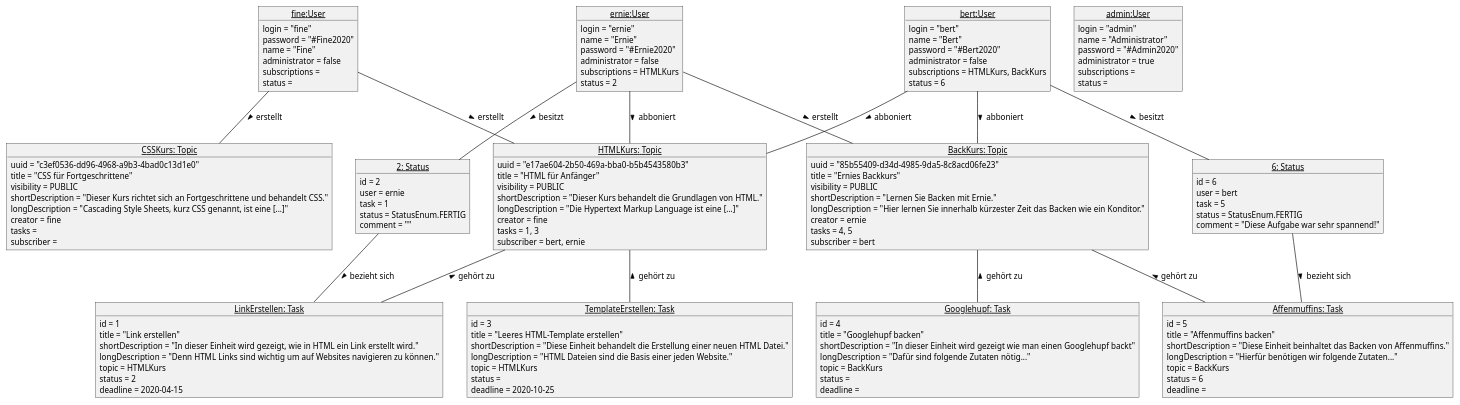
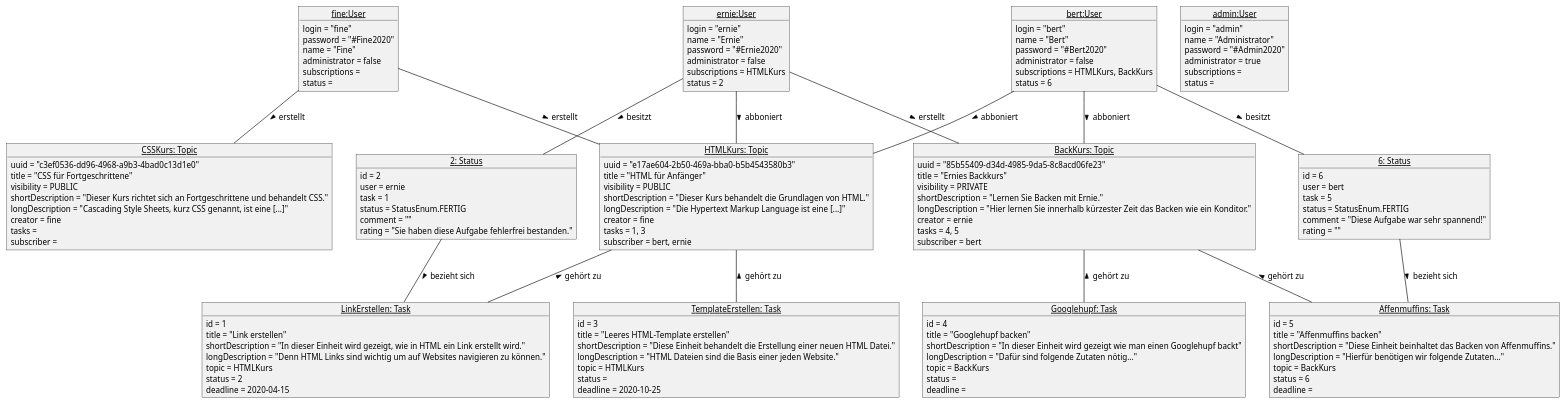
The diagram in doku/Objektmodell.plantuml (SimonHirner/agenda20), drawn with PlantUML before and after one commit. The commit also changed 12 other files, not shown here.

```diff
--- a/doku/Objektmodell.plantuml
+++ b/doku/Objektmodell.plantuml
@@ -1,155 +1,157 @@
 @startuml
 
 ' Layout
 skinparam classAttributeIconSize 0
 skinparam monochrome true
 skinparam shadowing false
 skinparam DefaultFontName arial
 skinparam DefaultFontSize 12
 skinparam ClassFontStyle bold
 
 'User
 object "<u>fine:User</u>" as fine{
     login = "fine"
     password = "#Fine2020"
     name = "Fine"
     administrator = false
     subscriptions = 
     status = 
 }
 object "<u>ernie:User</u>" as ernie{
     login = "ernie"
     name = "Ernie"
     password = "#Ernie2020"
     administrator = false
     subscriptions = HTMLKurs
     status = 2
 }
 object "<u>bert:User</u>" as bert{
     login = "bert"
     name = "Bert"
     password = "#Bert2020"
     administrator = false
     subscriptions = HTMLKurs, BackKurs
     status = 6
 }
 object "<u>admin:User</u>" as admin{
     login = "admin"
     name = "Administrator"
     password = "#Admin2020"
     administrator = true
     subscriptions = 
     status = 
 }
 
 'Topics
 object "<u>HTMLKurs: Topic</u>" as HTMLKurs{
 	uuid = "e17ae604-2b50-469a-bba0-b5b4543580b3"
     title = "HTML für Anfänger"
     visibility = PUBLIC
     shortDescription = "Dieser Kurs behandelt die Grundlagen von HTML."
     longDescription = "Die Hypertext Markup Language ist eine [...]"
     creator = fine
     tasks = 1, 3
     subscriber = bert, ernie
 
 }
 object "<u>CSSKurs: Topic</u>" as CSSKurs{
 	uuid = "c3ef0536-dd96-4968-a9b3-4bad0c13d1e0"
     title = "CSS für Fortgeschrittene"
     visibility = PUBLIC
     shortDescription = "Dieser Kurs richtet sich an Fortgeschrittene und behandelt CSS."
     longDescription = "Cascading Style Sheets, kurz CSS genannt, ist eine [...]"
     creator = fine
     tasks = 
     subscriber = 
 }
 object "<u>BackKurs: Topic</u>" as BackKurs{
 	uuid = "85b55409-d34d-4985-9da5-8c8acd06fe23"
     title = "Ernies Backkurs"
-    visibility = PUBLIC
+    visibility = PRIVATE
     shortDescription = "Lernen Sie Backen mit Ernie."
     longDescription = "Hier lernen Sie innerhalb kürzester Zeit das Backen wie ein Konditor."
     creator = ernie
     tasks = 4, 5
     subscriber = bert
 }
 
 'Tasks
 object "<u>LinkErstellen: Task</u>" as LinkErstellen {
     id = 1
     title = "Link erstellen"
     shortDescription = "In dieser Einheit wird gezeigt, wie in HTML ein Link erstellt wird."
     longDescription = "Denn HTML Links sind wichtig um auf Websites navigieren zu können."
     topic = HTMLKurs
     status = 2
     deadline = 2020-04-15
 }
 object "<u>TemplateErstellen: Task</u>" as HTMlErstellen {
     id = 3
     title = "Leeres HTML-Template erstellen"
     shortDescription = "Diese Einheit behandelt die Erstellung einer neuen HTML Datei."
     longDescription = "HTML Dateien sind die Basis einer jeden Website."
     topic = HTMLKurs
     status =
     deadline = 2020-10-25
 }
 object "<u>Googlehupf: Task</u>" as Googlehupf {
     id = 4
     title = "Googlehupf backen"
     shortDescription = "In dieser Einheit wird gezeigt wie man einen Googlehupf backt"
     longDescription = "Dafür sind folgende Zutaten nötig..."
     topic = BackKurs
     status =
     deadline =
 }
 object "<u>Affenmuffins: Task</u>" as Affenmuffins {
     id = 5
     title = "Affenmuffins backen"
     shortDescription = "Diese Einheit beinhaltet das Backen von Affenmuffins."
     longDescription = "Hierfür benötigen wir folgende Zutaten..."
     topic = BackKurs
     status = 6
     deadline = 
 }
 
 'status
 object "<u>2: Status</u>" as 2{
 	id = 2
 	user = ernie
 	task = 1
 	status = StatusEnum.FERTIG
 	comment = ""
+	rating = "Sie haben diese Aufgabe fehlerfrei bestanden."
 }
 
 object "<u>6: Status</u>" as 6{
 	id = 6
 	user = bert
 	task = 5
 	status = StatusEnum.FERTIG
 	comment = "Diese Aufgabe war sehr spannend!"
+	rating = ""
 }
 
 'Assoziationen
 fine -- HTMLKurs :> erstellt
 fine -- CSSKurs :> erstellt
 ernie -- BackKurs :> erstellt
 
 ernie -- 2 :> besitzt
 bert -- 6 :> besitzt
 
 ernie -- HTMLKurs :> abboniert
 bert -- HTMLKurs :> abboniert
 bert -- BackKurs :> abboniert
 
 HTMLKurs -- LinkErstellen :< gehört zu
 HTMLKurs -- HTMlErstellen :< gehört zu
 
 6 -- Affenmuffins :> bezieht sich
 2 -- LinkErstellen :> bezieht sich
 
 BackKurs -- Googlehupf :< gehört zu
 BackKurs -- Affenmuffins :< gehört zu
 
 
 @enduml
```
